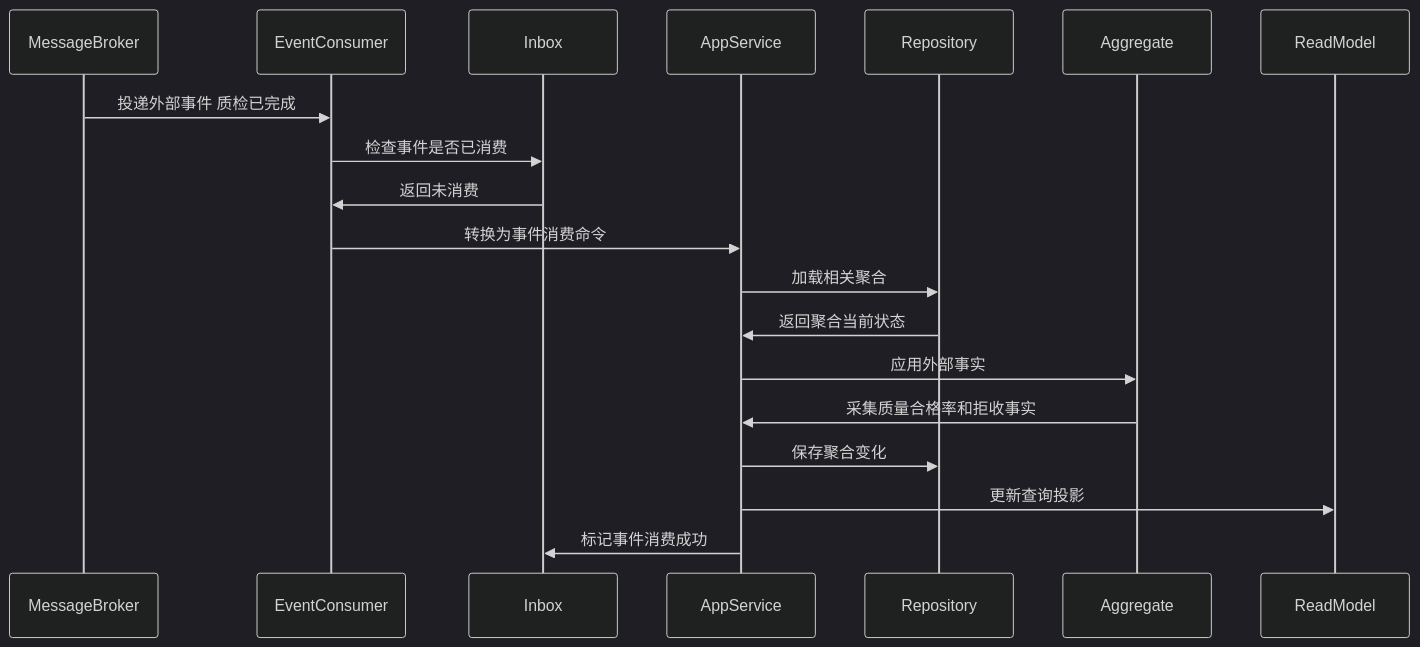
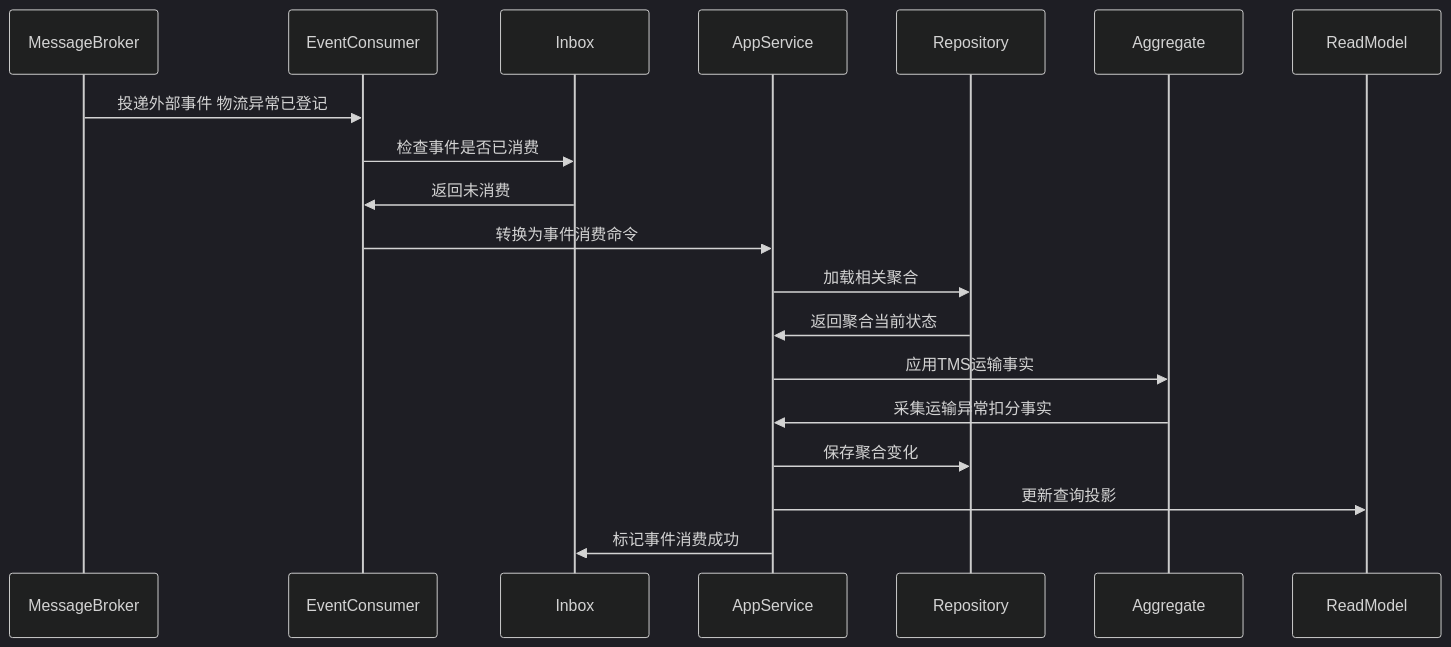
One commit to chao1927/scm changed the fifth of 6 diagrams in docs/03-核心业务模型/01-供应商领域模型/09-供应商评分聚合CQRS设计.md. Above: the diagram before and after it, drawn with Mermaid (dark theme). The commit also changed other lines of this file and 118 other files, not shown here.

````diff
--- a/docs/03-核心业务模型/01-供应商领域模型/09-供应商评分聚合CQRS设计.md
+++ b/docs/03-核心业务模型/01-供应商领域模型/09-供应商评分聚合CQRS设计.md
@@ -293,22 +296,22 @@
 ```mermaid
 sequenceDiagram
     participant MessageBroker
     participant EventConsumer
     participant Inbox
     participant AppService
     participant Repository
     participant Aggregate
     participant ReadModel
 
-    MessageBroker->>EventConsumer: 投递外部事件 质检已完成
+    MessageBroker->>EventConsumer: 投递外部事件 物流异常已登记
     EventConsumer->>Inbox: 检查事件是否已消费
     Inbox->>EventConsumer: 返回未消费
     EventConsumer->>AppService: 转换为事件消费命令
     AppService->>Repository: 加载相关聚合
     Repository->>AppService: 返回聚合当前状态
-    AppService->>Aggregate: 应用外部事实
-    Aggregate->>AppService: 采集质量合格率和拒收事实
+    AppService->>Aggregate: 应用TMS运输事实
+    Aggregate->>AppService: 采集运输异常扣分事实
     AppService->>Repository: 保存聚合变化
     AppService->>ReadModel: 更新查询投影
     AppService->>Inbox: 标记事件消费成功
 ```
````
